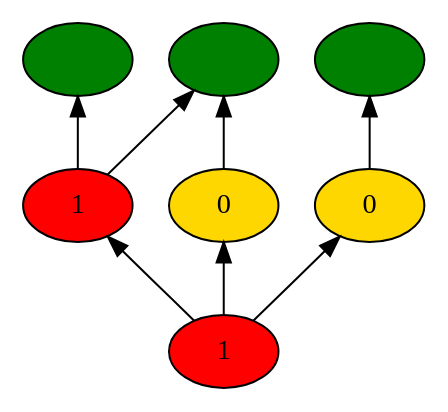
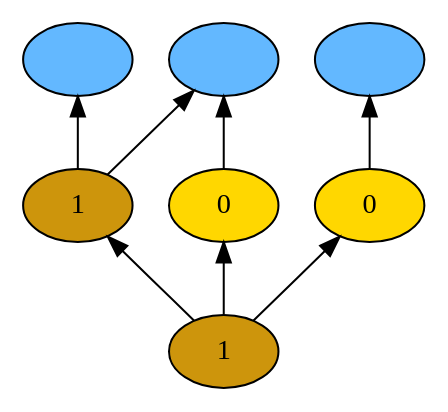
The diagram in backend/cxx/pdf_graphs/tutorial_1/dot9.dot (probcomp/Venturecxx), drawn with Graphviz before and after one commit. The commit also changed 108 other files, not shown here.

```diff
--- a/backend/cxx/pdf_graphs/tutorial_1/dot9.dot
+++ b/backend/cxx/pdf_graphs/tutorial_1/dot9.dot
@@ -1,18 +1,18 @@
 digraph {
 rankdir=BT
 fontsize=24
-1["shape" ="ellipse" "style" ="filled" "fillcolor" ="red" "label" ="1" ]
-2["shape" ="ellipse" "style" ="filled" "fillcolor" ="red" "label" ="1" ]
+1["shape" ="ellipse" "style" ="filled" "fillcolor" ="darkgoldenrod3" "label" ="1" ]
+2["shape" ="ellipse" "style" ="filled" "fillcolor" ="darkgoldenrod3" "label" ="1" ]
 3["shape" ="ellipse" "style" ="filled" "fillcolor" ="gold" "label" ="0" ]
 4["shape" ="ellipse" "style" ="filled" "fillcolor" ="gold" "label" ="0" ]
-5["shape" ="ellipse" "style" ="filled" "fillcolor" ="green" "label" ="" ]
-6["shape" ="ellipse" "style" ="filled" "fillcolor" ="green" "label" ="" ]
-7["shape" ="ellipse" "style" ="filled" "fillcolor" ="green" "label" ="" ]
+5["shape" ="ellipse" "style" ="filled" "fillcolor" ="steelblue1" "label" ="" ]
+6["shape" ="ellipse" "style" ="filled" "fillcolor" ="steelblue1" "label" ="" ]
+7["shape" ="ellipse" "style" ="filled" "fillcolor" ="steelblue1" "label" ="" ]
 1 -> 2["color" ="black" "style" ="solid" "arrowhead" ="normal" ]
 1 -> 3["color" ="black" "style" ="solid" "arrowhead" ="normal" ]
 1 -> 4["color" ="black" "style" ="solid" "arrowhead" ="normal" ]
 2 -> 5["color" ="black" "style" ="solid" "arrowhead" ="normal" ]
 2 -> 6["color" ="black" "style" ="solid" "arrowhead" ="normal" ]
 3 -> 6["color" ="black" "style" ="solid" "arrowhead" ="normal" ]
 4 -> 7["color" ="black" "style" ="solid" "arrowhead" ="normal" ]
 }
```
